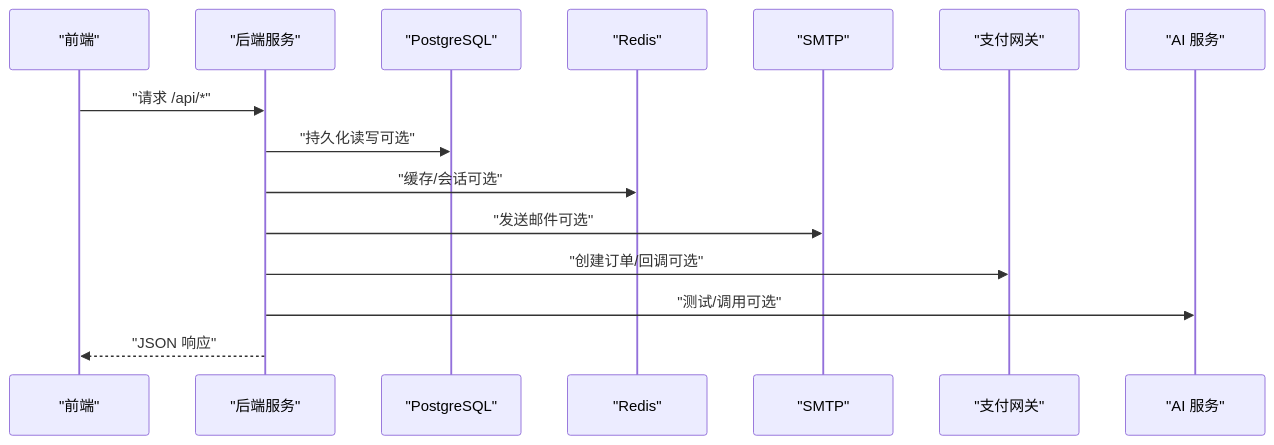
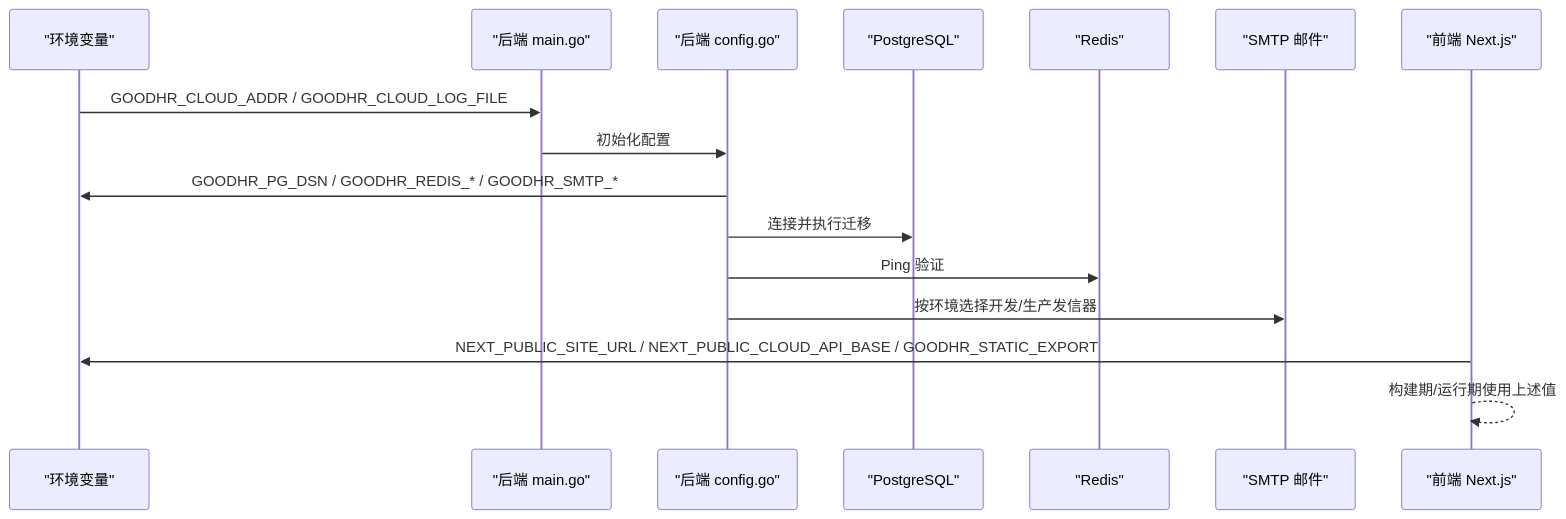
The second of 5 diagrams in .qoder/repowiki/zh/content/部署指南/生产环境部署/环境变量配置.md (alvinwangzi/goodhr), drawn with Mermaid before and after one commit. The commit also changed other lines of this file and 149 other files, not shown here.

````diff
--- a/.qoder/repowiki/zh/content/部署指南/生产环境部署/环境变量配置.md
+++ b/.qoder/repowiki/zh/content/部署指南/生产环境部署/环境变量配置.md
@@ -77,17 +108,18 @@
 ```mermaid
 sequenceDiagram
-participant FE as "前端"
-participant BE as "后端服务"
+participant Env as "环境变量"
+participant Main as "后端 main.go"
+participant Config as "后端 config.go"
 participant DB as "PostgreSQL"
-participant RD as "Redis"
-participant SMTP as "SMTP"
-participant PAY as "支付网关"
-participant AI as "AI 服务"
-FE->>BE : "请求 /api/*"
-BE->>DB : "持久化读写可选"
-BE->>RD : "缓存/会话可选"
-BE->>SMTP : "发送邮件可选"
-BE->>PAY : "创建订单/回调可选"
-BE->>AI : "测试/调用可选"
-BE-->>FE : "JSON 响应"
+participant Redis as "Redis"
+participant Mail as "SMTP 邮件"
+participant FE as "前端 Next.js"
+Env->>Main : GOODHR_CLOUD_ADDR / GOODHR_CLOUD_LOG_FILE
+Main->>Config : 初始化配置
+Config->>Env : GOODHR_PG_DSN / GOODHR_REDIS_* / GOODHR_SMTP_*
+Config->>DB : 连接并执行迁移
+Config->>Redis : Ping 验证
+Config->>Mail : 按环境选择开发/生产发信器
+FE->>Env : NEXT_PUBLIC_SITE_URL / NEXT_PUBLIC_CLOUD_API_BASE / GOODHR_STATIC_EXPORT
+FE-->>FE : 构建期/运行期使用上述值
 ```
````
